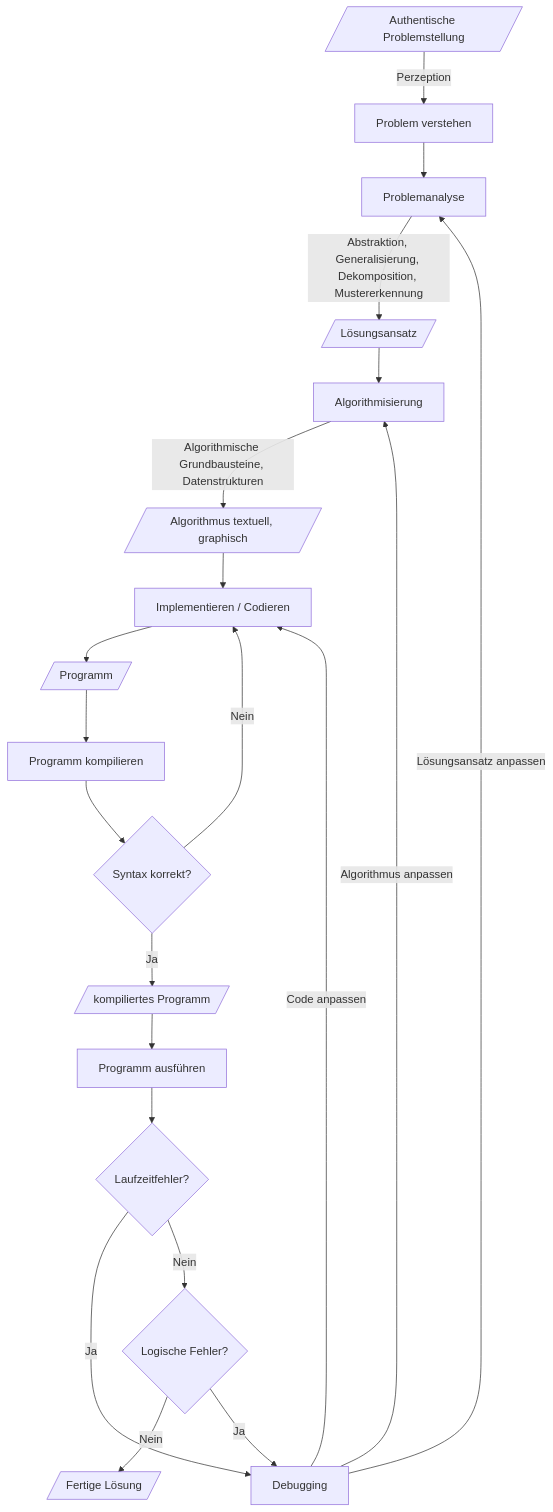
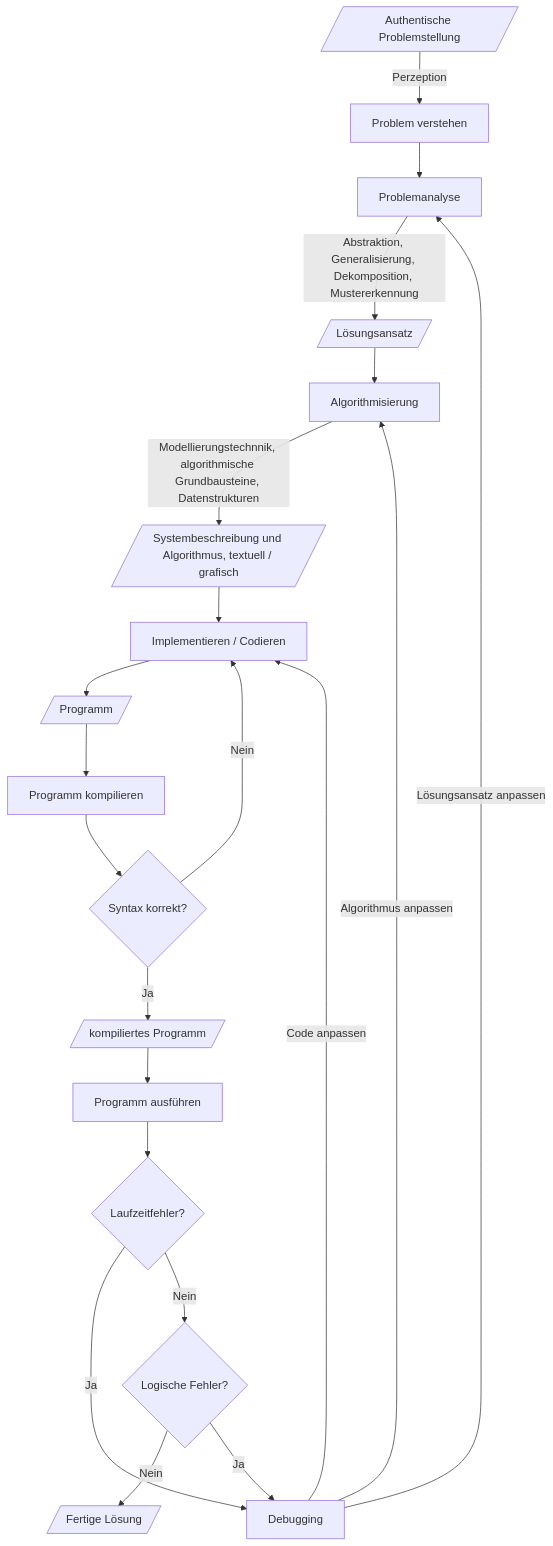
The diagram in Didaktik/Zentrale-Ideen.md (clander/voprogrammieren), drawn with Mermaid before and after one commit. The commit also changed other lines of this file and 1 other file, not shown here.

````diff
--- a/Didaktik/Zentrale-Ideen.md
+++ b/Didaktik/Zentrale-Ideen.md
@@ -73,22 +93,22 @@
 ```mermaid
 flowchart TD
     A[/Authentische Problemstellung/] 
     --> |Perzeption|B[Problem verstehen] 
     --> C[Problemanalyse] 
     --> |Abstraktion, Generalisierung, Dekomposition, Mustererkennung|D[/Lösungsansatz/] 
     --> E[Algorithmisierung] 
-    --> |Algorithmische Grundbausteine, Datenstrukturen| F[/Algorithmus textuell, graphisch/] 
+    --> |Modellierungstechnnik, algorithmische Grundbausteine, Datenstrukturen| F[/Systembeschreibung und Algorithmus, textuell / grafisch/] 
     --> G[Implementieren / Codieren] 
     --> H[/Programm/]
     --> I[Programm kompilieren] 
     --> J{Syntax korrekt?}
     --> |Nein| G
     J -->|Ja| K[/kompiliertes Programm/] 
     K --> L[Programm ausführen]
     L --> Q{Laufzeitfehler?}-->|Ja|M
     Q-->|Nein|N{Logische Fehler?} 
     -->|Nein| O[/Fertige Lösung/]
     N --> |Ja| M[Debugging]-->|Code anpassen|G
     M -->|Lösungsansatz anpassen|C
     M --> |Algorithmus anpassen|E
 ```
````
